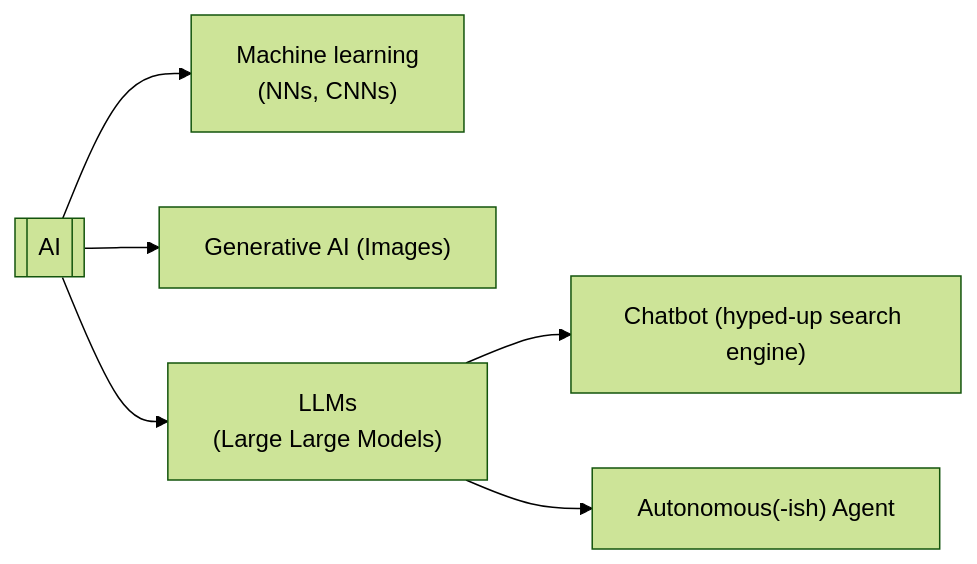
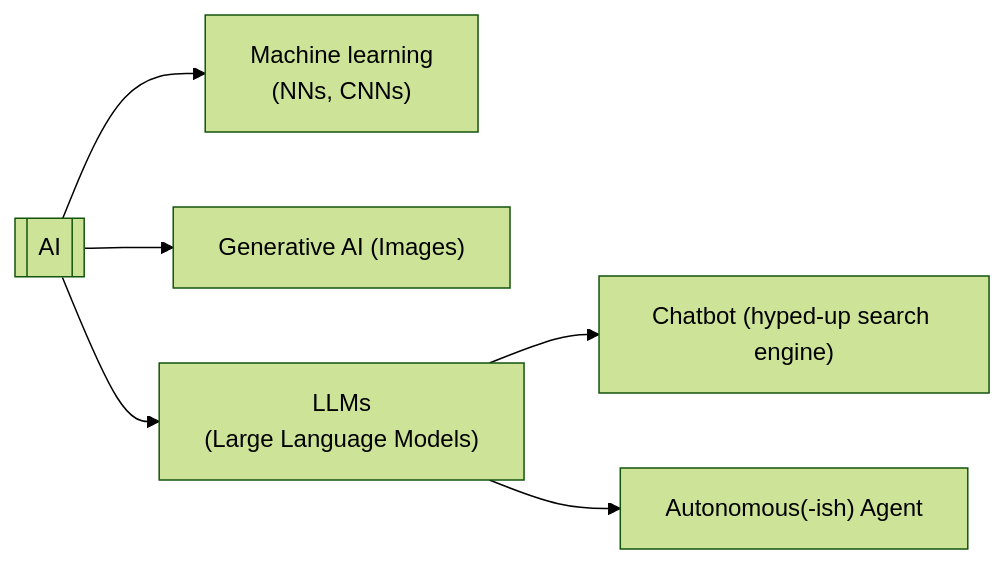
Before and after one commit to bfanson/2026_Workshops: the first of 6 diagrams in module1.qmd, drawn with Mermaid (forest theme). The commit also changed other lines of this file and 3 other files, not shown here.

````diff
--- a/module1.qmd
+++ b/module1.qmd
@@ -136,15 +136,15 @@
 ```{mermaid}
 %%| label: fig-agent_basic
 %%| fig-cap: Simplified classification
 
 flowchart LR
 
     AI[["AI"]]
 
     AI --> ML["Machine learning<br> (NNs, CNNs)"]
     AI --> GAI["Generative AI (Images)"]
-    AI --> LLM["LLMs<br>(Large Large Models)"]
+    AI --> LLM["LLMs<br>(Large Language Models)"]
     LLM --> bot["Chatbot (hyped-up search engine)"]
     LLM --> agent["Autonomous(-ish) Agent"]
 
 ```
````
